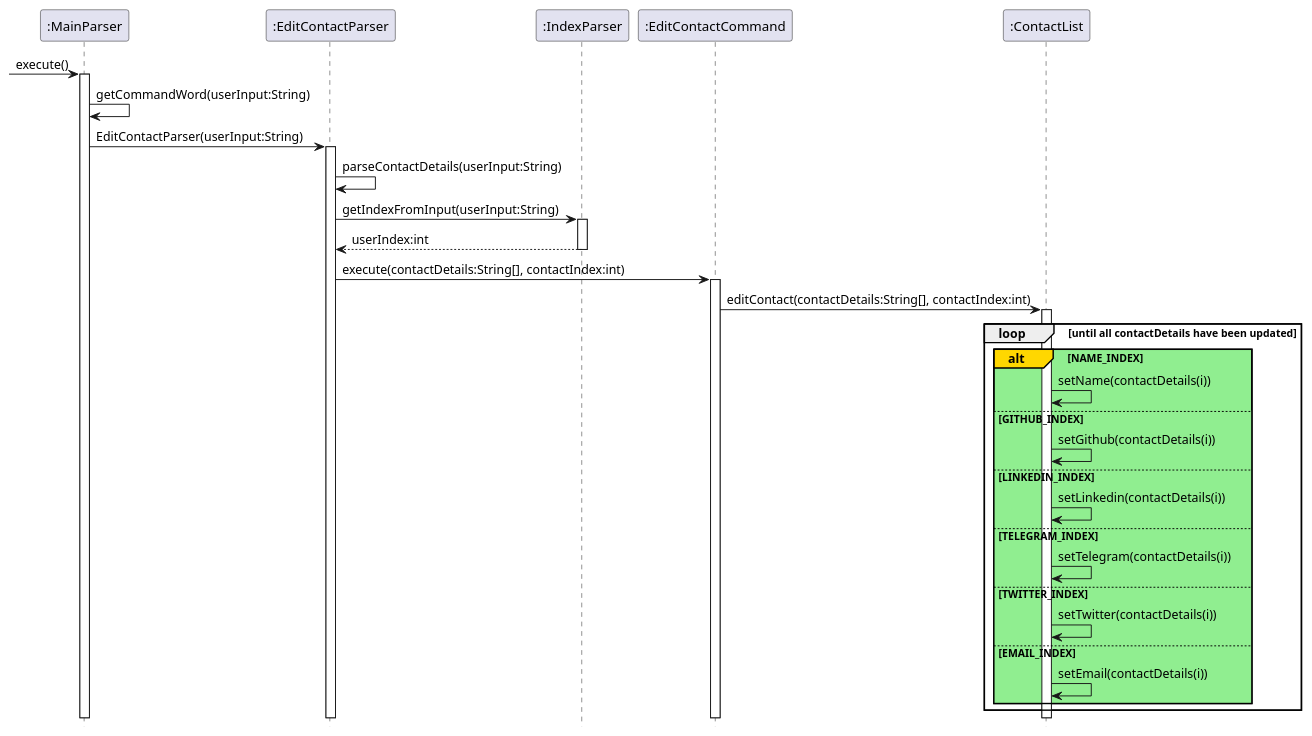
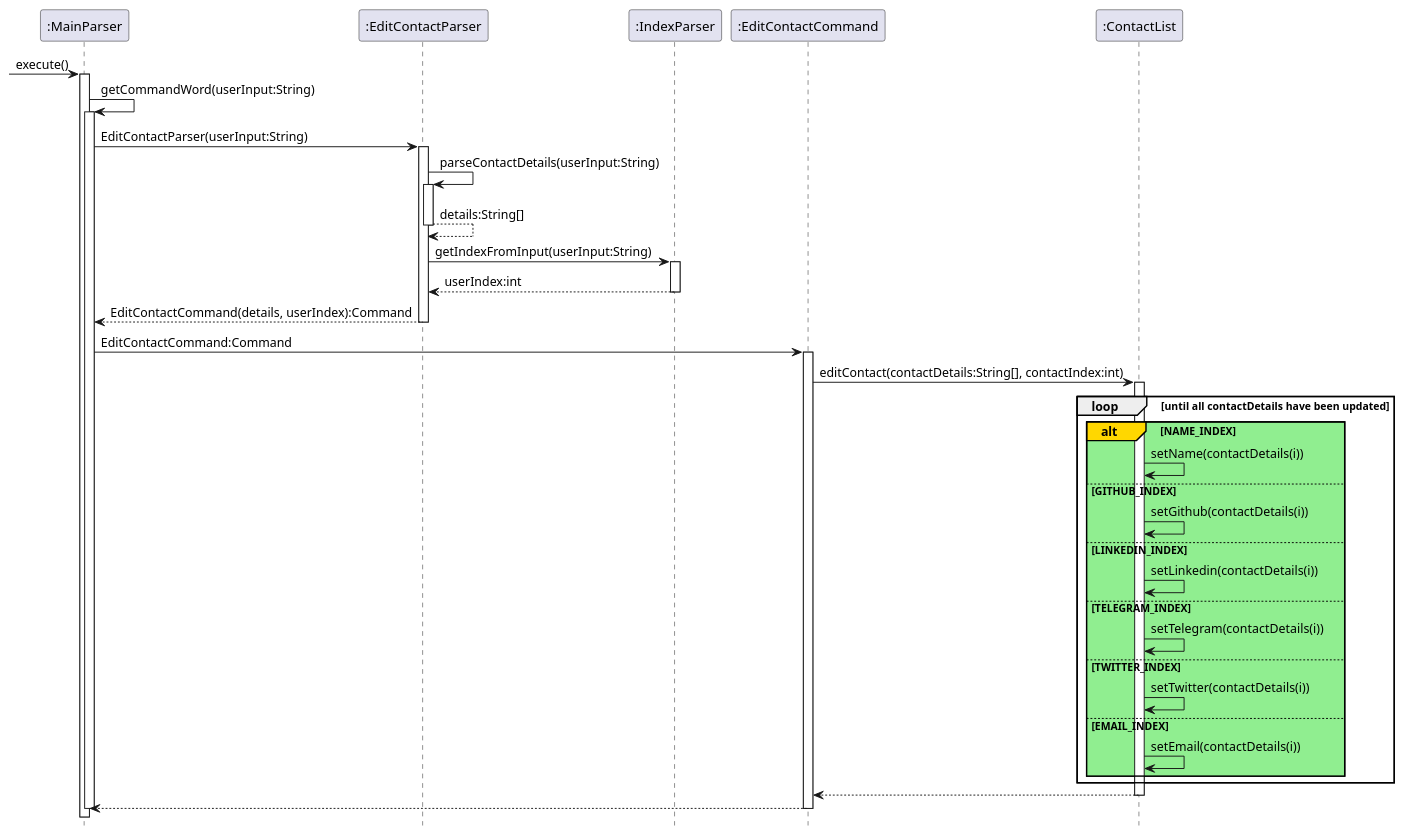
One commit to nus-cs2113-AY2122S1/tp changed the diagram in docs/diagrams/EditContactCommand.puml. Above: the diagram before and after it, drawn with PlantUML.

Commit message:
Update edit sequence diagram

```diff
--- a/docs/diagrams/EditContactCommand.puml
+++ b/docs/diagrams/EditContactCommand.puml
@@ -1,40 +1,59 @@
 @startuml
 hide footbox
 'https://plantuml.com/sequence-diagram
 
 -> ":MainParser": execute()
 activate ":MainParser"
 
-":MainParser" -> ":MainParser" :getCommandWord(userInput:String)
+
+":MainParser" -> ":MainParser":getCommandWord(userInput:String)
+activate ":MainParser"
 ":MainParser" -> ":EditContactParser" :EditContactParser(userInput:String)
 activate ":EditContactParser"
 
+
 ":EditContactParser" -> ":EditContactParser" :parseContactDetails(userInput:String)
+activate ":EditContactParser"
+":EditContactParser" --> ":EditContactParser" :details:String[]
+deactivate ":EditContactParser"
+
 
 ":EditContactParser" -> ":IndexParser" :getIndexFromInput(userInput:String)
 activate ":IndexParser"
 ":IndexParser" --> ":EditContactParser" :userIndex:int
 deactivate ":IndexParser"
 
-":EditContactParser" -> ":EditContactCommand" : execute(contactDetails:String[], contactIndex:int)
+":EditContactParser" --> ":MainParser" : EditContactCommand(details, userIndex):Command
+deactivate ":EditContactParser"
+
+":MainParser" -> ":EditContactCommand" : EditContactCommand:Command
+
 activate ":EditContactCommand"
 
 ":EditContactCommand" -> ":ContactList" : editContact(contactDetails:String[], contactIndex:int)
 activate ":ContactList"
 
 loop until all contactDetails have been updated
 alt#gold #lightgreen NAME_INDEX
     ":ContactList" -> ":ContactList" : setName(contactDetails(i))
     else GITHUB_INDEX
     ":ContactList" -> ":ContactList" : setGithub(contactDetails(i))
     else LINKEDIN_INDEX
     ":ContactList" -> ":ContactList" : setLinkedin(contactDetails(i))
     else TELEGRAM_INDEX
     ":ContactList" -> ":ContactList" : setTelegram(contactDetails(i))
     else TWITTER_INDEX
     ":ContactList" -> ":ContactList" : setTwitter(contactDetails(i))
     else EMAIL_INDEX
     ":ContactList" -> ":ContactList" : setEmail(contactDetails(i))
 end
 end
+
+":ContactList"-->":EditContactCommand"
+deactivate ":ContactList"
+
+":EditContactCommand"-->":MainParser"
+deactivate ":EditContactCommand"
+deactivate ":MainParser"
+
 @enduml
```
